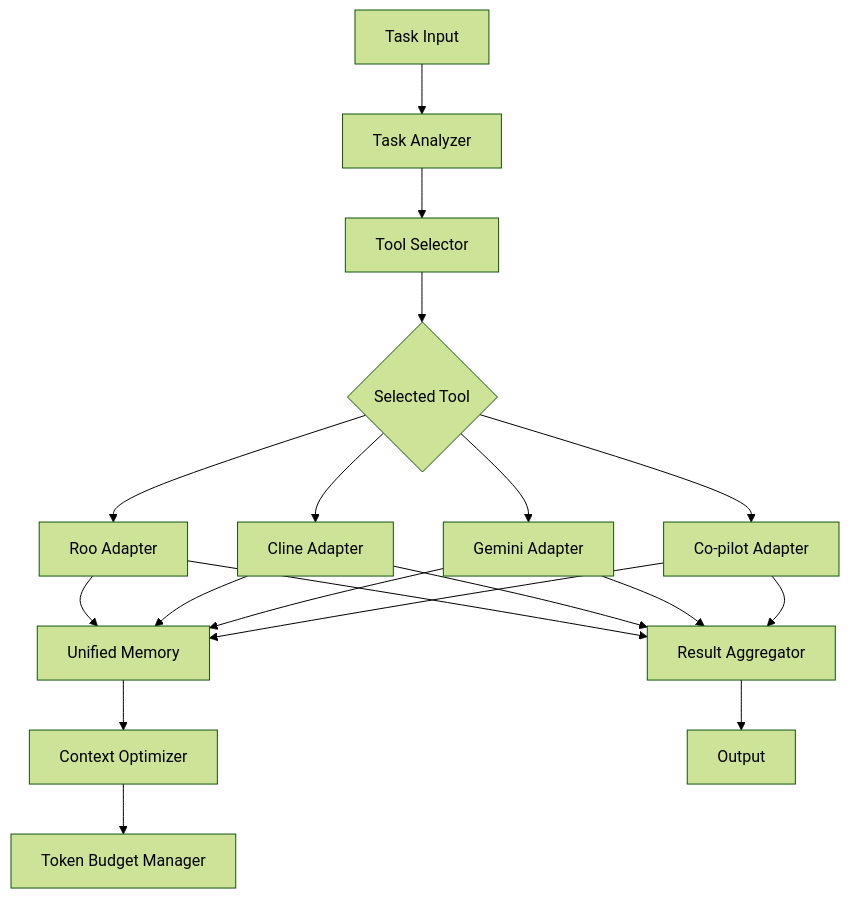
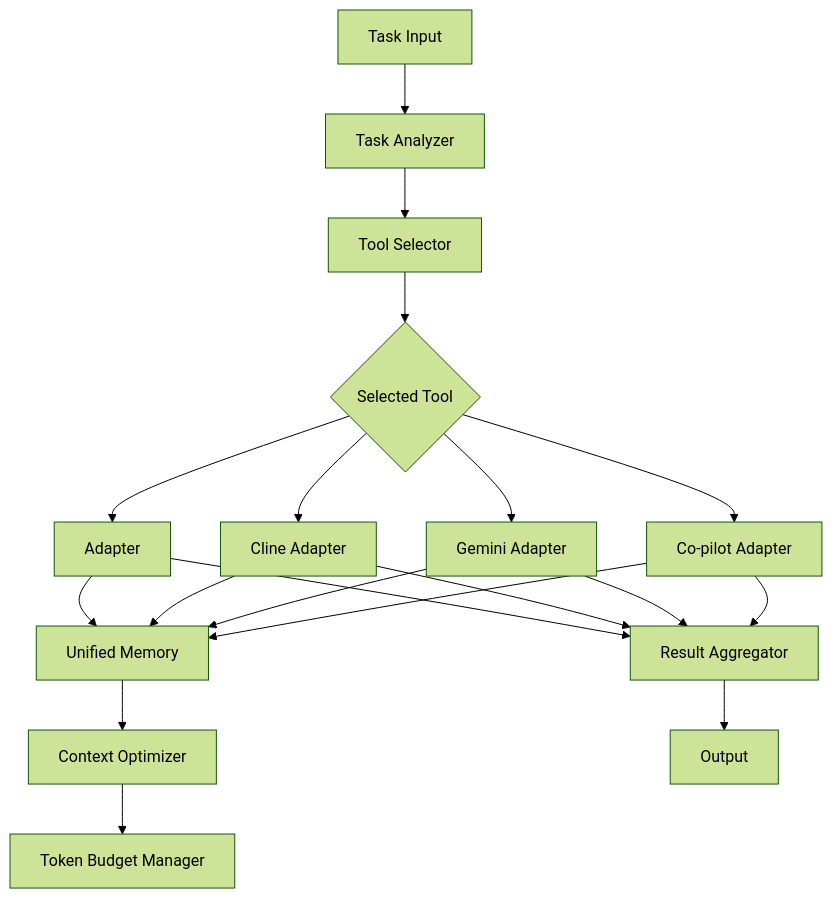
The third of 3 diagrams in docs/strategic_analysis_multi_tool_integration.md (ai-cherry/orchestra-main), drawn with Mermaid (forest theme) before and after one commit. The commit also changed other lines of this file and 396 other files, not shown here.

````diff
--- a/docs/strategic_analysis_multi_tool_integration.md
+++ b/docs/strategic_analysis_multi_tool_integration.md
@@ -311,25 +310,25 @@
 ```mermaid
 graph TD
     A[Task Input] --> B[Task Analyzer]
     B --> C[Tool Selector]
     C --> D{Selected Tool}
-    D --> E[Roo Adapter]
+    D --> E[ Adapter]
     D --> F[Cline Adapter]
     D --> G[Gemini Adapter]
     D --> H[Co-pilot Adapter]
 
     E --> I[Unified Memory]
     F --> I
     G --> I
     H --> I
 
     I --> J[Context Optimizer]
     J --> K[Token Budget Manager]
 
     E --> L[Result Aggregator]
     F --> L
     G --> L
     H --> L
 
     L --> M[Output]
 ```
````
